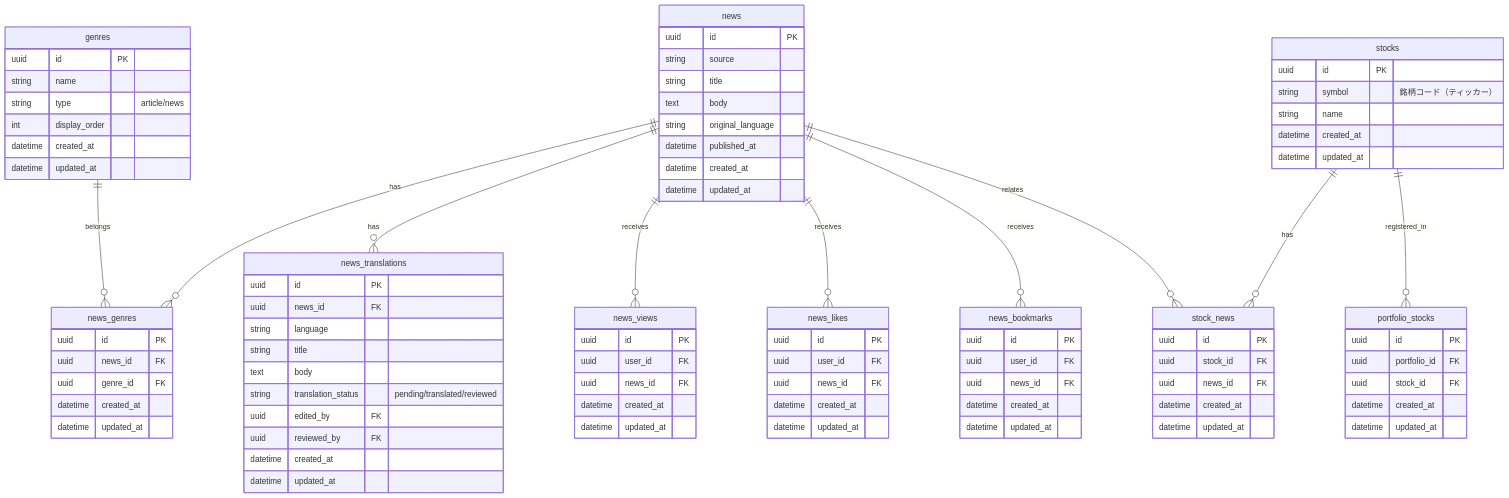
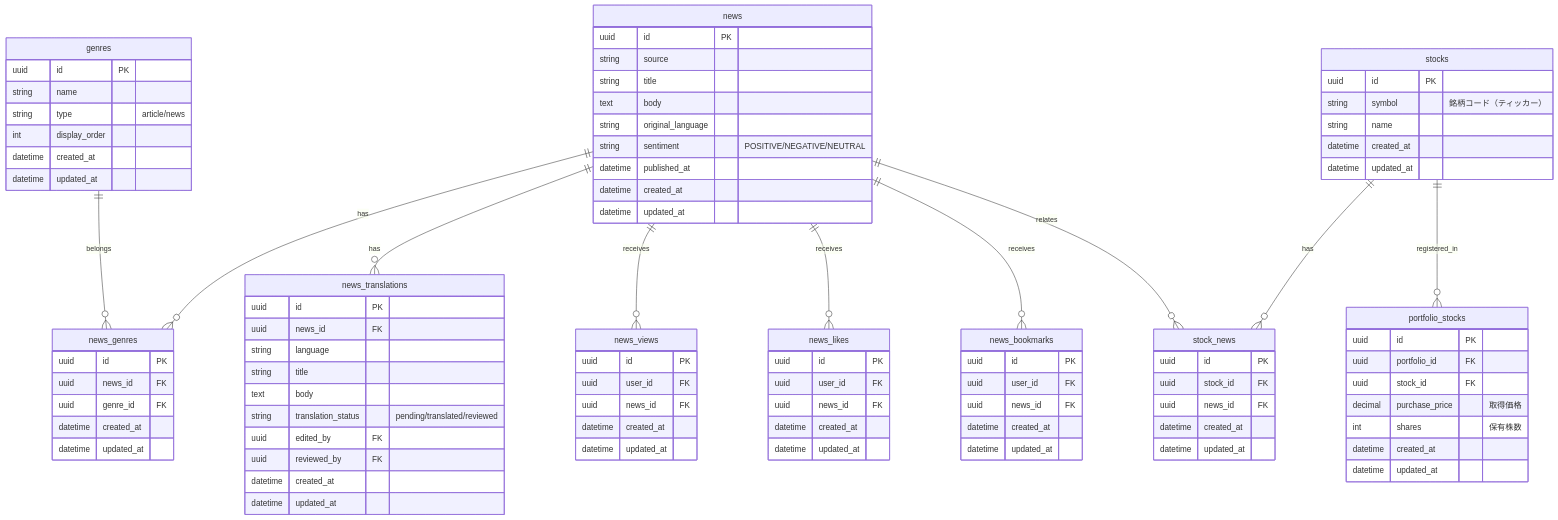
One commit to RRRRRRR-777/SikouLab changed the first of 3 diagrams in docs/functions/news/home.md. Above: the diagram before and after it, drawn with Mermaid. The commit also changed 11 other files, not shown here.

First line of the commit message:
docs(functions): 既存12ファイルのER図をsystem_datas.mdに同期

````diff
--- a/docs/functions/news/home.md
+++ b/docs/functions/news/home.md
@@ -64,5 +64,6 @@
 ```mermaid
 erDiagram
+    %% 正: docs/versions/1_0_0/system_datas.md
     news ||--o{ news_genres : "has"
     genres ||--o{ news_genres : "belongs"
     news ||--o{ news_translations : "has"
@@ -79,6 +80,7 @@
         string title
         text body
         string original_language
+        string sentiment "POSITIVE/NEGATIVE/NEUTRAL"
         datetime published_at
         datetime created_at
         datetime updated_at
@@ -158,6 +160,8 @@
         uuid id PK
         uuid portfolio_id FK
         uuid stock_id FK
+        decimal purchase_price "取得価格"
+        int shares "保有株数"
         datetime created_at
         datetime updated_at
     }
````
